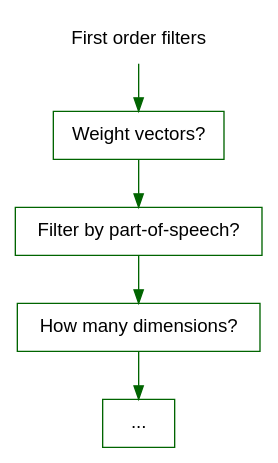
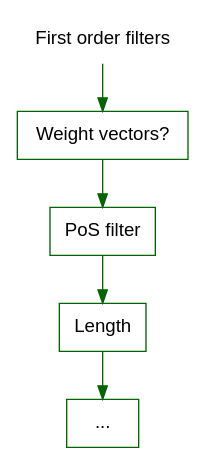
Before and after one commit to montesmariana/maxipresentation: the diagram in socontext.gv, drawn with Graphviz. The commit also changed 4 other files, not shown here.

```diff
--- a/socontext.gv
+++ b/socontext.gv
@@ -1,29 +1,29 @@
 digraph {
   
   graph [layout = dot]
   
   node [
     shape = rectangle,
     color = darkgreen,
     fontname = Helvetica
     ]
     
   d [
     label = "First order filters",
     shape = plaintext
     ]
   e [label = "Weight vectors?"]
-  f [label = "Filter by part-of-speech?"]
-  g [label = "How many dimensions?"]
+  f [label = "PoS filter"]
+  g [label = "Length"]
   h [label = "..."]
   
   edge [
     color = darkgreen,
     fontname = Helvetica
     ]
   d -> e
   e -> f
   f -> g
   g -> h
   
 }
```
